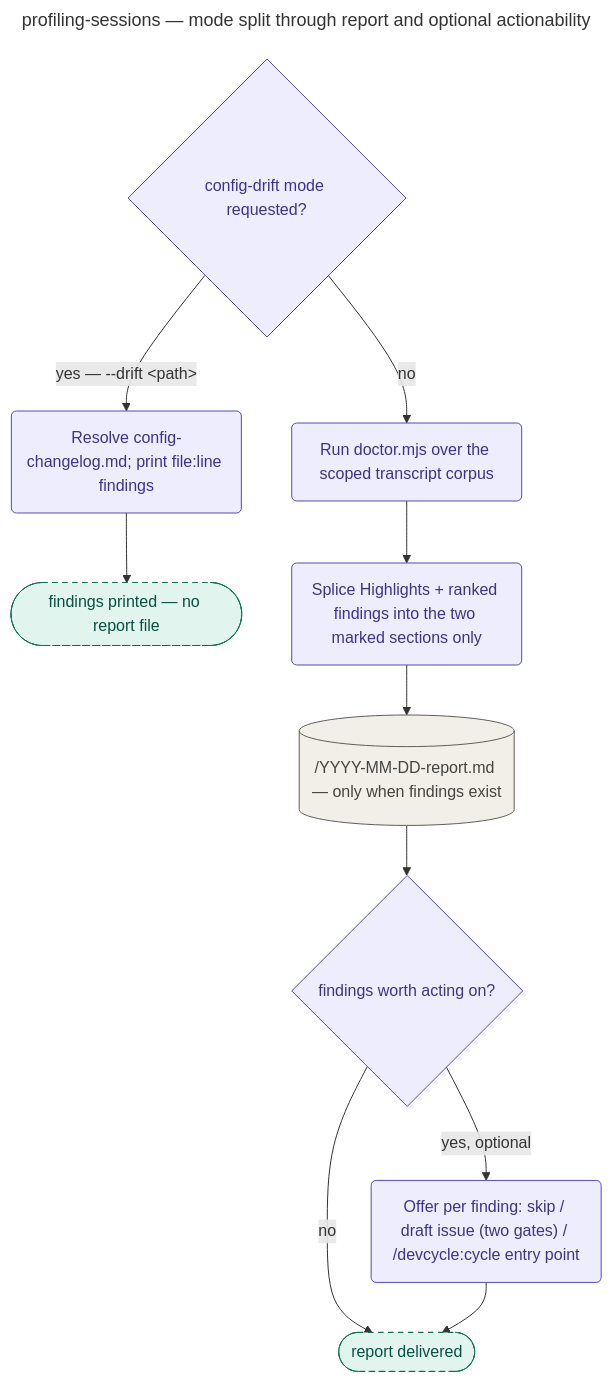
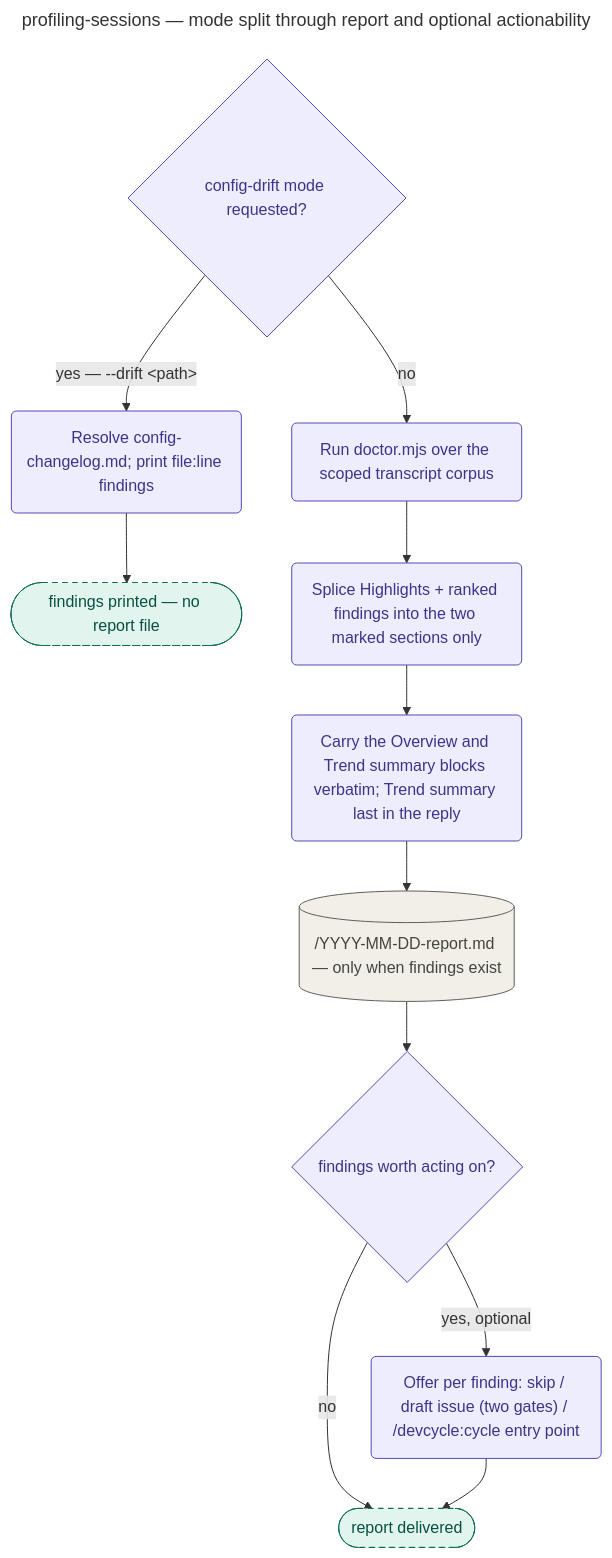
Before and after one commit to KonstantinRoehrl/devcycle: the diagram in docs/playbooks/profiling-sessions/README.md, drawn with Mermaid. The commit also changed other lines of this file and 9 other files, not shown here.

First line of the commit message:
docs(doctor): state the overview reply contract in the playbook and move report detail out of the command (#302)

````diff
--- a/docs/playbooks/profiling-sessions/README.md
+++ b/docs/playbooks/profiling-sessions/README.md
@@ -41,21 +48,22 @@
 ```mermaid
 ---
 title: profiling-sessions — mode split through report and optional actionability
-accDescr: Playbook-internal flowchart of the profiling-sessions playbook, from the config-drift-versus-cost-analysis mode split, through running doctor.mjs and splicing its two marked sections, to the persisted report and the optional, fully skippable actionability offer.
+accDescr: Playbook-internal flowchart of the profiling-sessions playbook, from the config-drift-versus-cost-analysis mode split, through running doctor.mjs, splicing its two marked sections and carrying its two overview blocks verbatim, to the persisted report and the optional, fully skippable actionability offer.
 ---
 flowchart TD
     MODE{"config-drift mode requested?"}:::stage
     MODE -->|"yes — --drift &lt;path&gt;"| DRIFT("Resolve config-changelog.md; print file:line findings"):::stage
     DRIFT --> DRIFTOUT(["findings printed — no report file"]):::tool
     MODE -->|no| RUN("Run doctor.mjs over the scoped transcript corpus"):::stage
     RUN --> SPLICE("Splice Highlights + ranked findings into the two marked sections only"):::stage
-    SPLICE --> PERSIST[("<doctor dir>/YYYY-MM-DD-report.md — only when findings exist")]:::structural
+    SPLICE --> CARRY("Carry the Overview and Trend summary blocks verbatim; Trend summary last in the reply"):::stage
+    CARRY --> PERSIST[("<doctor dir>/YYYY-MM-DD-report.md — only when findings exist")]:::structural
     PERSIST --> ACT{"findings worth acting on?"}:::stage
     ACT -->|"yes, optional"| OFFER("Offer per finding: skip / draft issue (two gates) / /devcycle:cycle entry point"):::stage
     ACT -->|no| DONE(["report delivered"]):::tool
     OFFER --> DONE
 
     classDef stage fill:#EEEDFE,stroke:#534AB7,color:#3C3489;
     classDef tool fill:#E1F5EE,stroke:#0F6E56,color:#085041,stroke-dasharray:5 5;
     classDef structural fill:#F1EFE8,stroke:#5F5E5A,color:#444441;
 ```
````
